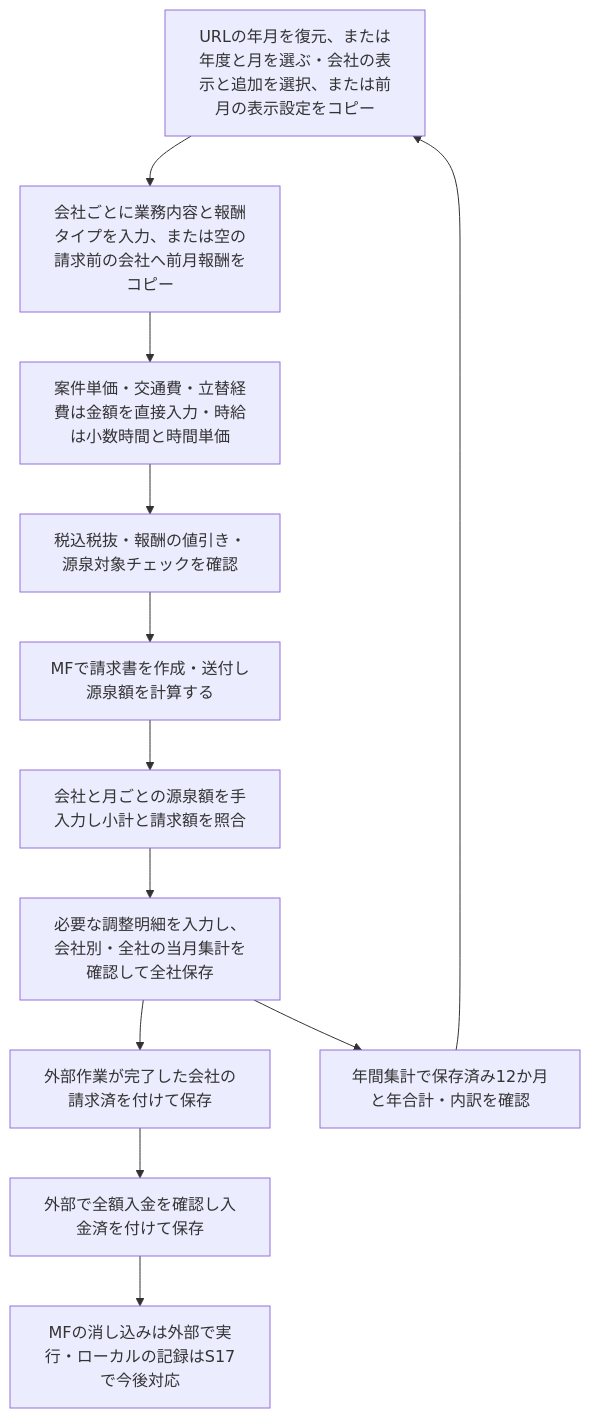
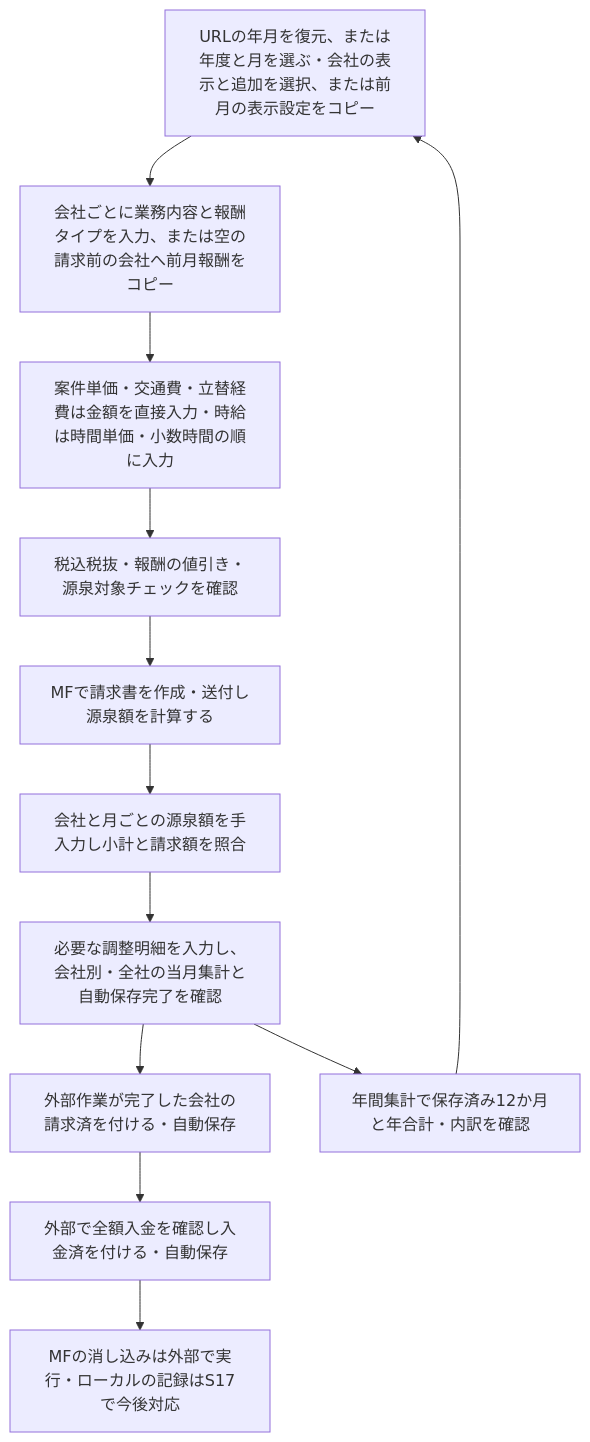
The diagram in docs/業務フロー.md (Takashi-Fujie/Invoice_management_tool), drawn with Mermaid before and after one commit. The commit also changed other lines of this file and 30 other files, not shown here.

````diff
--- a/docs/業務フロー.md
+++ b/docs/業務フロー.md
@@ -9,14 +9,14 @@
 ```mermaid
 flowchart TD
     A[URLの年月を復元、または年度と月を選ぶ・会社の表示と追加を選択、または前月の表示設定をコピー] --> B[会社ごとに業務内容と報酬タイプを入力、または空の請求前の会社へ前月報酬をコピー]
-    B --> C[案件単価・交通費・立替経費は金額を直接入力・時給は小数時間と時間単価]
+    B --> C[案件単価・交通費・立替経費は金額を直接入力・時給は時間単価・小数時間の順に入力]
     C --> D[税込税抜・報酬の値引き・源泉対象チェックを確認]
     D --> E[MFで請求書を作成・送付し源泉額を計算する]
     E --> F[会社と月ごとの源泉額を手入力し小計と請求額を照合]
-    F --> G[必要な調整明細を入力し、会社別・全社の当月集計を確認して全社保存]
-    G --> H[外部作業が完了した会社の請求済を付けて保存]
-    H --> I[外部で全額入金を確認し入金済を付けて保存]
+    F --> G[必要な調整明細を入力し、会社別・全社の当月集計と自動保存完了を確認]
+    G --> H[外部作業が完了した会社の請求済を付ける・自動保存]
+    H --> I[外部で全額入金を確認し入金済を付ける・自動保存]
     I --> J[MFの消し込みは外部で実行・ローカルの記録はS17で今後対応]
     G --> K[年間集計で保存済み12か月と年合計・内訳を確認]
     K --> A
 ```
````
